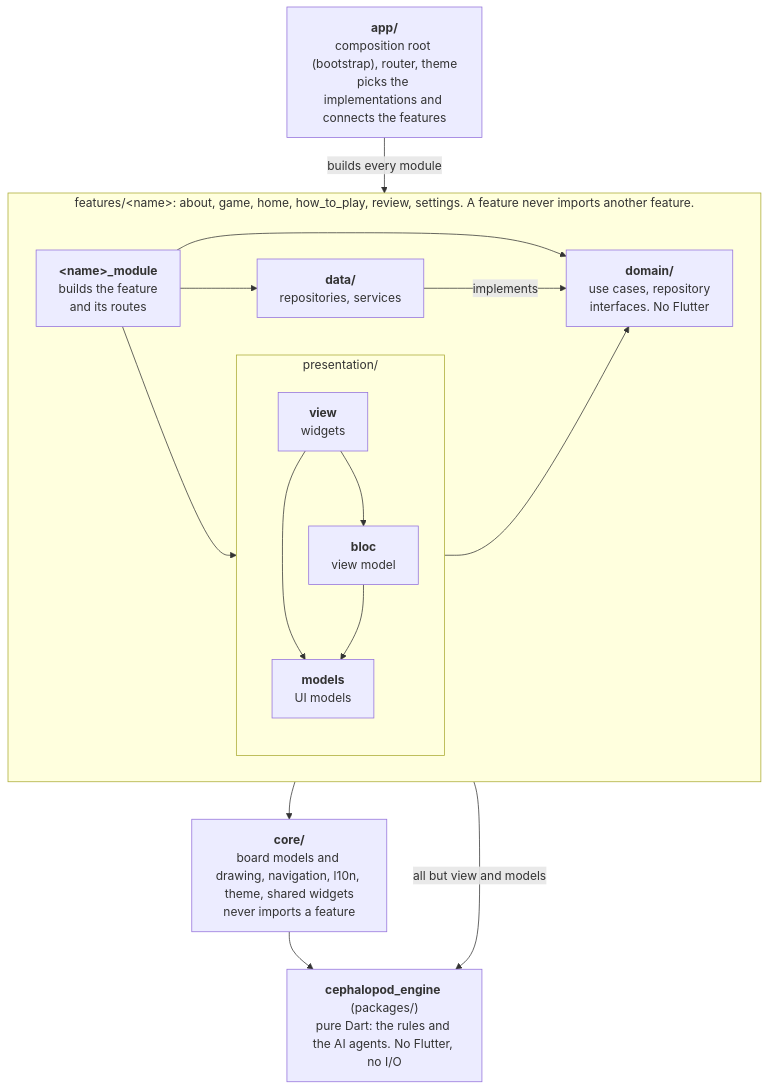
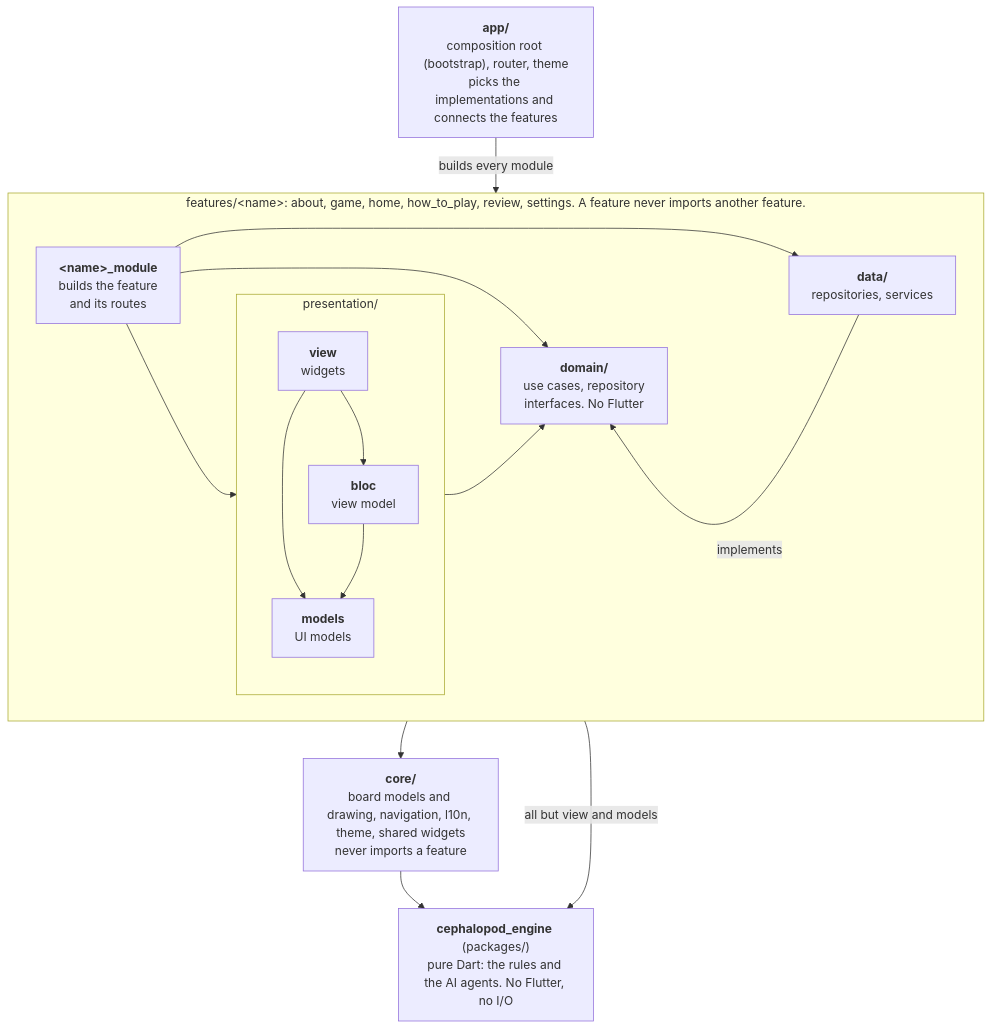
The diagram in README.md (siempredelao/Cephalopod-Flutter), drawn with Mermaid before and after one commit. The commit also changed other lines of this file, not shown here.

First line of the commit message:
docs: put data below domain in the architecture diagram

````diff
--- a/README.md
+++ b/README.md
@@ -39,33 +40,34 @@
 ```mermaid
 flowchart TB
     boot["<b>app/</b><br>composition root (bootstrap), router, theme<br>picks the implementations and connects the features"]
 
     subgraph feature["features/&lt;name&gt;: about, game, home, how_to_play, review, settings. A feature never imports another feature."]
         direction LR
         module["<b>&lt;name&gt;_module</b><br>builds the feature<br>and its routes"]
         subgraph presentation["presentation/"]
             direction TB
             view["<b>view</b><br>widgets"]
             bloc["<b>bloc</b><br>view model"]
             models["<b>models</b><br>UI models"]
             view --> bloc
             view --> models
             bloc --> models
         end
         domain["<b>domain/</b><br>use cases, repository<br>interfaces. No Flutter"]
         data["<b>data/</b><br>repositories, services"]
         module --> presentation
         module --> data
         module --> domain
         bloc --> domain
+        domain ~~~ data
         data -->|implements| domain
     end
 
     core["<b>core/</b><br>board models and drawing, navigation, l10n, theme, shared widgets<br>never imports a feature"]
     engine["<b>cephalopod_engine</b> (packages/)<br>pure Dart: the rules and the AI agents. No Flutter, no I/O"]
 
     boot -->|builds every module| feature
     feature --> core
     feature -->|"all but view and models"| engine
     core --> engine
 ```
````
